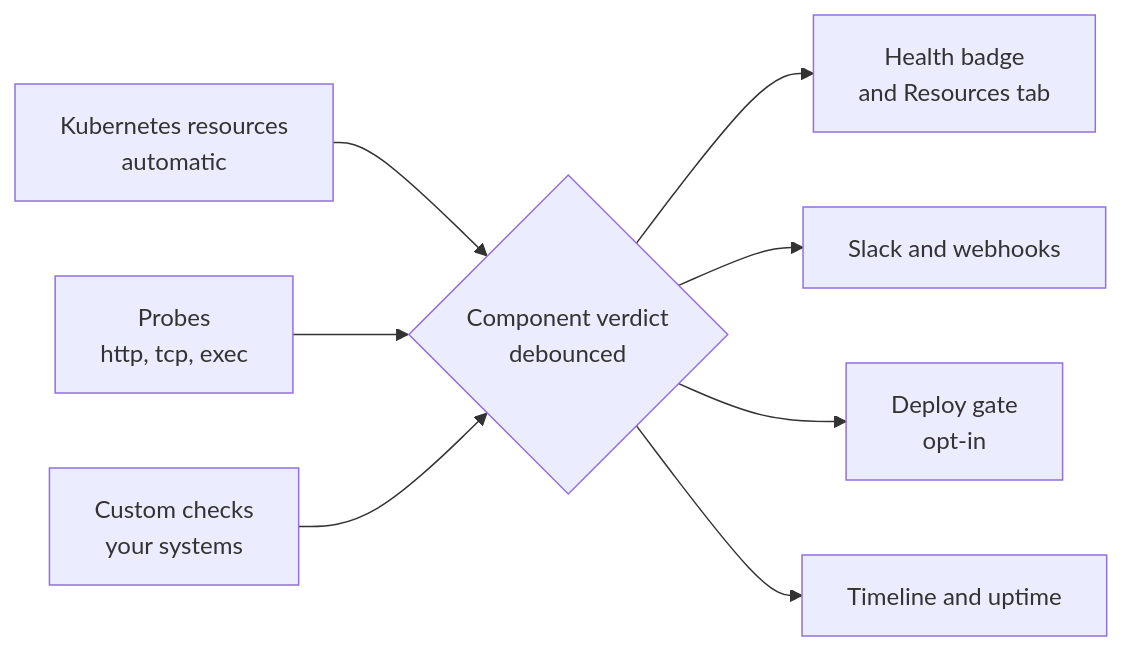
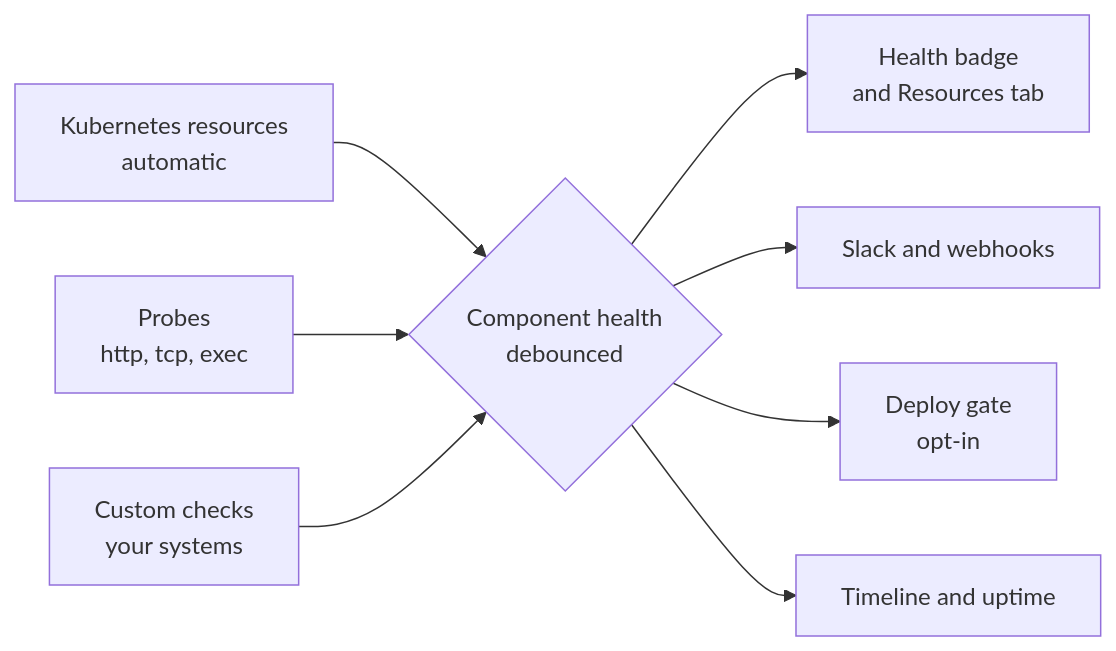
Before and after one commit to nuonco/nuon: the first of 2 diagrams in docs/guides/health-checks.mdx, drawn with Mermaid. The commit also changed other lines of this file, not shown here.

Commit message:
docs(health-checks): replace "verdict" with health status wording

````diff
--- a/docs/guides/health-checks.mdx
+++ b/docs/guides/health-checks.mdx
@@ -66,13 +66,13 @@
 ```mermaid
 flowchart LR
-    v{"Component verdict<br/>debounced"}
+    v{"Component health<br/>debounced"}
 
     k8s["Kubernetes resources<br/>automatic"] --> v
     probes["Probes<br/>http, tcp, exec"] --> v
     custom["Custom checks<br/>your systems"] --> v
 
     v --> badge["Health badge<br/>and Resources tab"]
     v --> alerts["Slack and webhooks"]
     v --> gate["Deploy gate<br/>opt-in"]
     v --> history["Timeline and uptime"]
 ```
````
